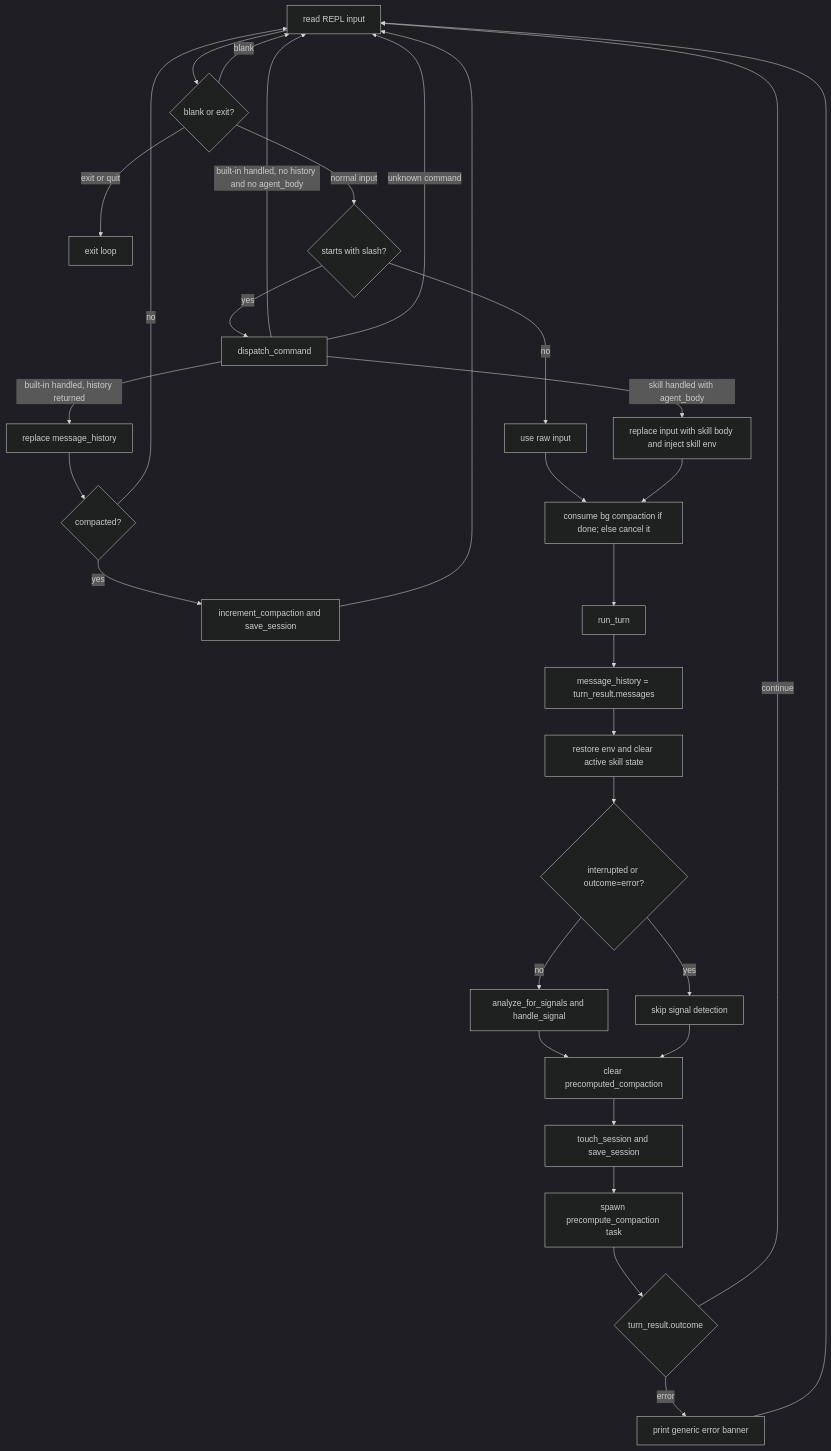
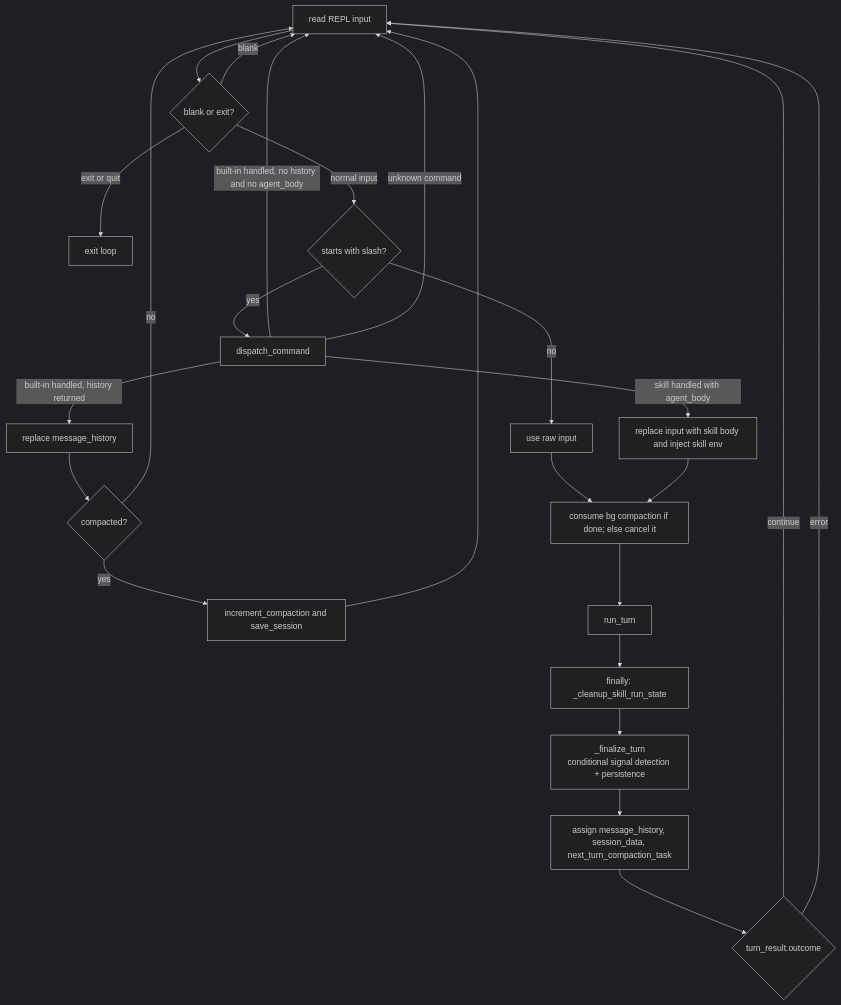
One commit to binlecode/co-cli changed the second of 4 diagrams in docs/DESIGN-core-loop.md. Above: the diagram before and after it, drawn with Mermaid (dark theme). The commit also changed other lines of this file and 12 other files, not shown here.

````diff
--- a/docs/DESIGN-core-loop.md
+++ b/docs/DESIGN-core-loop.md
@@ -91,37 +102,30 @@
 ```mermaid
 flowchart TD
     A[read REPL input] --> B{blank or exit?}
     B -->|blank| A
     B -->|exit or quit| Z[exit loop]
     B -->|normal input| C{starts with slash?}
 
     C -->|no| D[use raw input]
     C -->|yes| E[dispatch_command]
 
     E -->|built-in handled, history returned| E1[replace message_history]
     E1 --> E2{compacted?}
     E2 -->|yes| E3[increment_compaction and save_session]
     E2 -->|no| A
     E3 --> A
     E -->|built-in handled, no history and no agent_body| A
     E -->|skill handled with agent_body| F[replace input with skill body and inject skill env]
     E -->|unknown command| A
 
     D --> G[consume bg compaction if done; else cancel it]
     F --> G
 
     G --> H[run_turn]
-    H --> I[message_history = turn_result.messages]
-    I --> J[restore env and clear active skill state]
-    J --> K{interrupted or outcome=error?}
-    K -->|no| L[analyze_for_signals and handle_signal]
-    K -->|yes| M[skip signal detection]
-    L --> N[clear precomputed_compaction]
-    M --> N
-    N --> O[touch_session and save_session]
-    O --> P[spawn precompute_compaction task]
-    P --> Q{turn_result.outcome}
-    Q -->|continue| A
-    Q -->|error| R[print generic error banner]
-    R --> A
+    H --> I[finally: _cleanup_skill_run_state]
+    I --> J[_finalize_turn<br/>conditional signal detection + persistence]
+    J --> K[assign message_history, session_data, next_turn_compaction_task]
+    K --> L{turn_result.outcome}
+    L -->|continue| A
+    L -->|error| A
 ```
````
